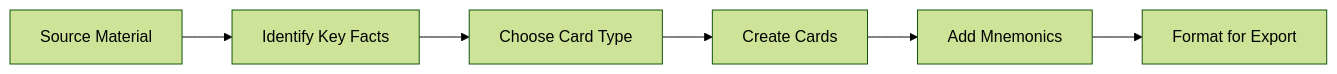
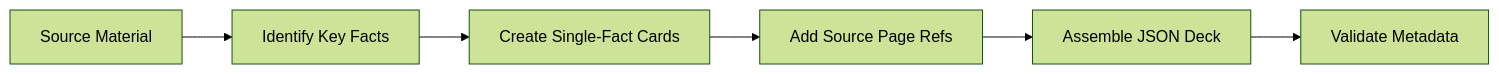
The diagram in .agents/skills/flashcard-creator/SKILL.md (jantoney/SamStudies), drawn with Mermaid (forest theme) before and after one commit. The commit also changed other lines of this file and 6 other files, not shown here.

````diff
--- a/.agents/skills/flashcard-creator/SKILL.md
+++ b/.agents/skills/flashcard-creator/SKILL.md
@@ -12,8 +12,8 @@
 ```mermaid
 flowchart LR
     A[Source Material] --> B[Identify Key Facts]
-    B --> C[Choose Card Type]
-    C --> D[Create Cards]
-    D --> E[Add Mnemonics]
-    E --> F[Format for Export]
+        B --> C[Create Single-Fact Cards]
+        C --> D[Add Source Page Refs]
+        D --> E[Assemble JSON Deck]
+        E --> F[Validate Metadata]
 ```
````
